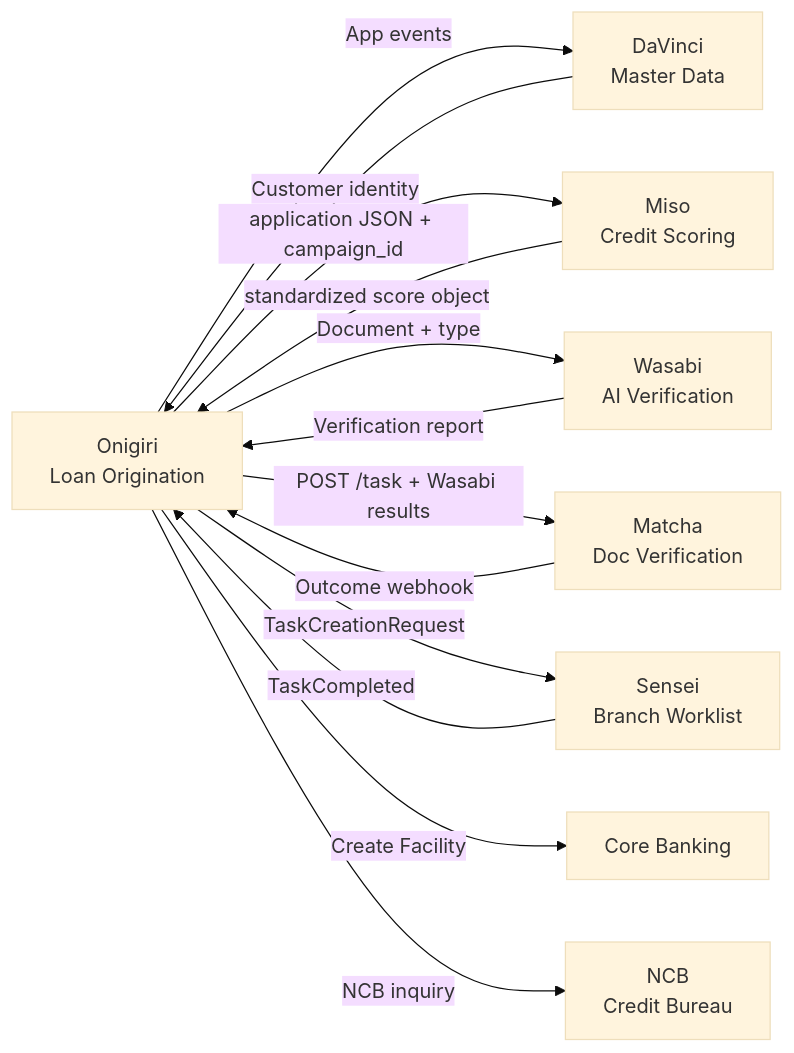
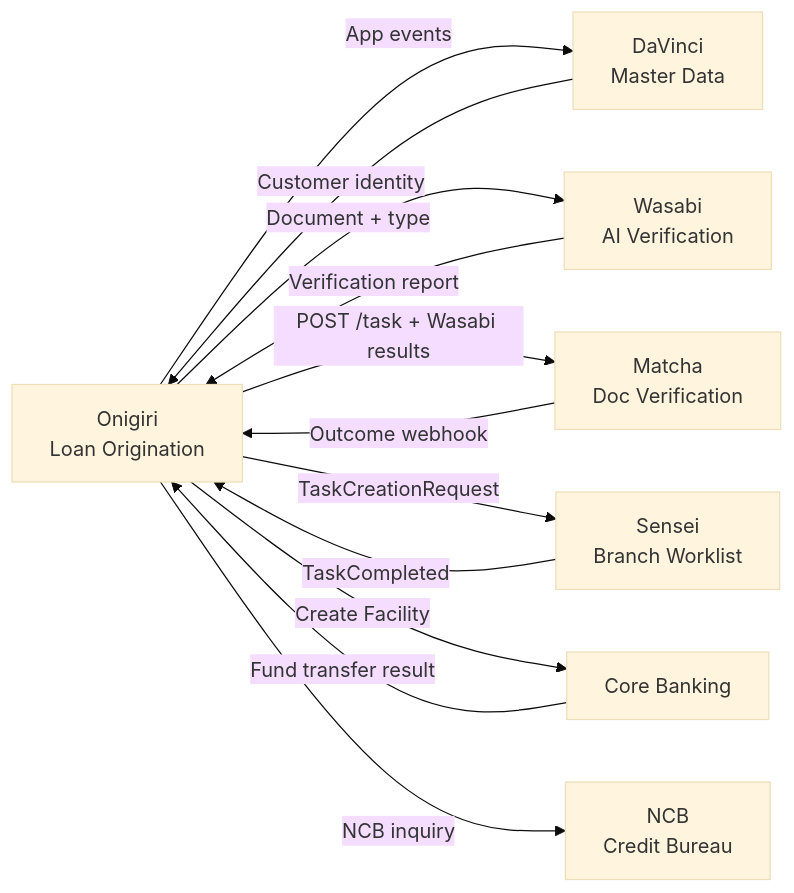
One commit to chanatan-sri/TurboProduct changed the second of 2 diagrams in product/credit/onigiri/PRODUCT.md. Above: the diagram before and after it, drawn with Mermaid (base theme). The commit also changed other lines of this file and 6 other files, not shown here.

````diff
--- a/product/credit/onigiri/PRODUCT.md
+++ b/product/credit/onigiri/PRODUCT.md
@@ -140,24 +153,22 @@
 ```mermaid
 graph LR
     Onigiri[Onigiri\nLoan Origination]
-    Miso[Miso\nCredit Scoring]
     DaVinci[DaVinci\nMaster Data]
     Wasabi[Wasabi\nAI Verification]
     Matcha[Matcha\nDoc Verification]
     Sensei[Sensei\nBranch Worklist]
     CoreBanking[Core Banking]
     NCB[NCB\nCredit Bureau]
 
     DaVinci -->|Customer identity| Onigiri
     Onigiri -->|App events| DaVinci
-    Onigiri -->|application JSON + campaign_id| Miso
-    Miso -->|standardized score object| Onigiri
     Onigiri -->|Document + type| Wasabi
     Wasabi -->|Verification report| Onigiri
     Onigiri -->|POST /task + Wasabi results| Matcha
     Matcha -->|Outcome webhook| Onigiri
     Onigiri -->|TaskCreationRequest| Sensei
     Sensei -->|TaskCompleted| Onigiri
     Onigiri -->|Create Facility| CoreBanking
+    CoreBanking -->|Fund transfer result| Onigiri
     Onigiri -->|NCB inquiry| NCB
 ```
````
